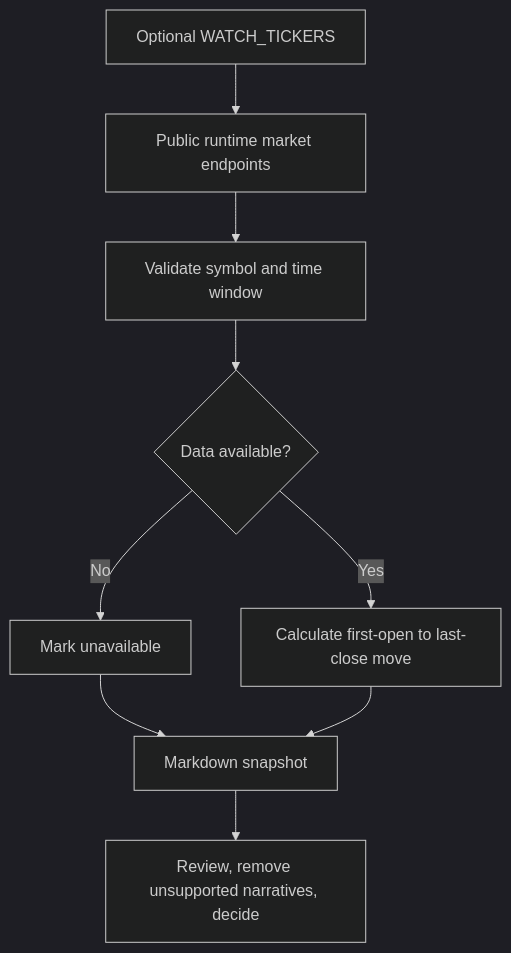
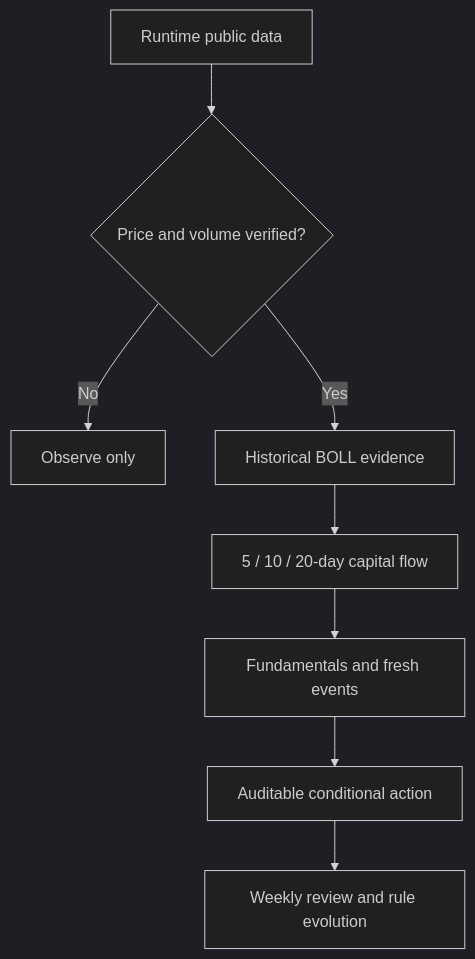
One commit to marqosjiang-gif/A-Share-Antifragile-Trading-Loop changed the diagram in README.md. Above: the diagram before and after it, drawn with Mermaid (dark theme). The commit also changed other lines of this file and 14 other files, not shown here.

````diff
--- a/README.md
+++ b/README.md
@@ -84,11 +84,10 @@
-~~~mermaid
+```mermaid
 flowchart TD
-    A["Optional WATCH_TICKERS"] --> B["Public runtime market endpoints"]
-    B --> C["Validate symbol and time window"]
-    C --> D{"Data available?"}
-    D -- No --> E["Mark unavailable"]
-    D -- Yes --> F["Calculate first-open to last-close move"]
-    E --> G["Markdown snapshot"]
-    F --> G
-    G --> H["Review, remove unsupported narratives, decide"]
-~~~
+    A["Runtime public data"] --> B{"Price and volume verified?"}
+    B -- No --> C["Observe only"]
+    B -- Yes --> D["Historical BOLL evidence"]
+    D --> E["5 / 10 / 20-day capital flow"]
+    E --> F["Fundamentals and fresh events"]
+    F --> G["Auditable conditional action"]
+    G --> H["Weekly review and rule evolution"]
+```
````
